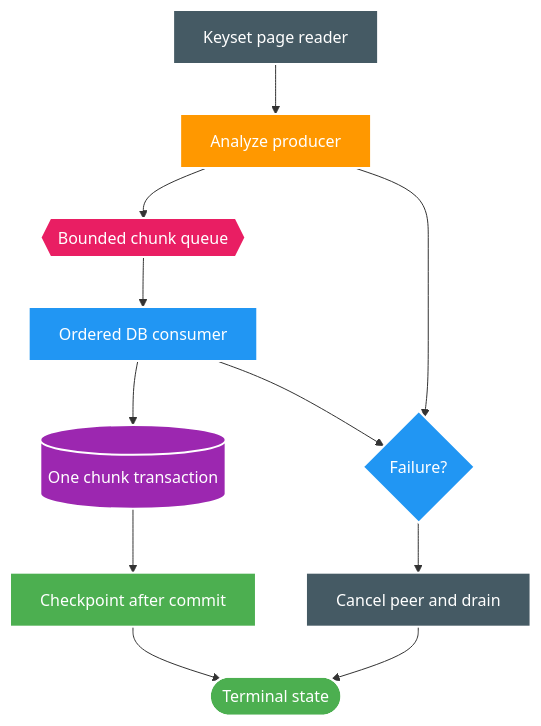
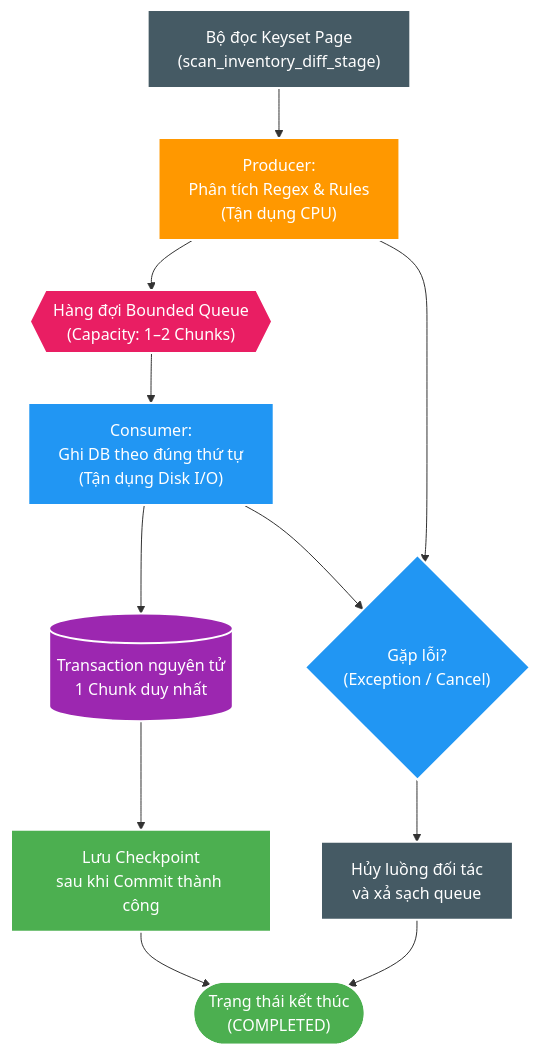
Before and after one commit to HungPhan200591/file-mngt-be-v2: the diagram in docs/features/048-scan-core-pipelined-reconciliation/02-design.md, drawn with Mermaid. The commit also changed other lines of this file and 1 other file, not shown here.

````diff
--- a/docs/features/048-scan-core-pipelined-reconciliation/02-design.md
+++ b/docs/features/048-scan-core-pipelined-reconciliation/02-design.md
@@ -8,23 +8,23 @@
 ```mermaid
 flowchart TB
-    CURSOR["Keyset page reader"] --> PRODUCER["Analyze producer"]
-    PRODUCER --> QUEUE{{"Bounded chunk queue"}}
-    QUEUE --> CONSUMER["Ordered DB consumer"]
-    CONSUMER --> TX[("One chunk transaction")]
-    TX --> CHECK["Checkpoint after commit"]
-    CHECK --> TERM(["Terminal state"])
-    PRODUCER --> FAIL{"Failure?"}
+    CURSOR["Bộ đọc Keyset Page<br/>(scan_inventory_diff_stage)"] --> PRODUCER["Producer:<br/>Phân tích Regex & Rules<br/>(Tận dụng CPU)"]
+    PRODUCER --> QUEUE{{"Hàng đợi Bounded Queue<br/>(Capacity: 1–2 Chunks)"}}
+    QUEUE --> CONSUMER["Consumer:<br/>Ghi DB theo đúng thứ tự<br/>(Tận dụng Disk I/O)"]
+    CONSUMER --> TX[("Transaction nguyên tử<br/>1 Chunk duy nhất")]
+    TX --> CHECK["Lưu Checkpoint<br/>sau khi Commit thành công"]
+    CHECK --> TERM(["Trạng thái kết thúc<br/>(COMPLETED)"])
+    PRODUCER --> FAIL{"Gặp lỗi?<br/>(Exception / Cancel)"}
     CONSUMER --> FAIL
-    FAIL --> CANCEL["Cancel peer and drain"]
+    FAIL --> CANCEL["Hủy luồng đối tác<br/>và xả sạch queue"]
     CANCEL --> TERM
 
     style CURSOR fill:#455A64,stroke:#fff,stroke-width:2px,color:#fff
     style PRODUCER fill:#FF9800,stroke:#fff,stroke-width:2px,color:#fff
     style QUEUE fill:#E91E63,stroke:#fff,stroke-width:2px,color:#fff
     style CONSUMER fill:#2196F3,stroke:#fff,stroke-width:2px,color:#fff
     style TX fill:#9C27B0,stroke:#fff,stroke-width:2px,color:#fff
     style CHECK fill:#4CAF50,stroke:#fff,stroke-width:2px,color:#fff
     style FAIL fill:#2196F3,stroke:#fff,stroke-width:2px,color:#fff
     style CANCEL fill:#455A64,stroke:#fff,stroke-width:2px,color:#fff
     style TERM fill:#4CAF50,stroke:#fff,stroke-width:2px,color:#fff
 ```
````
